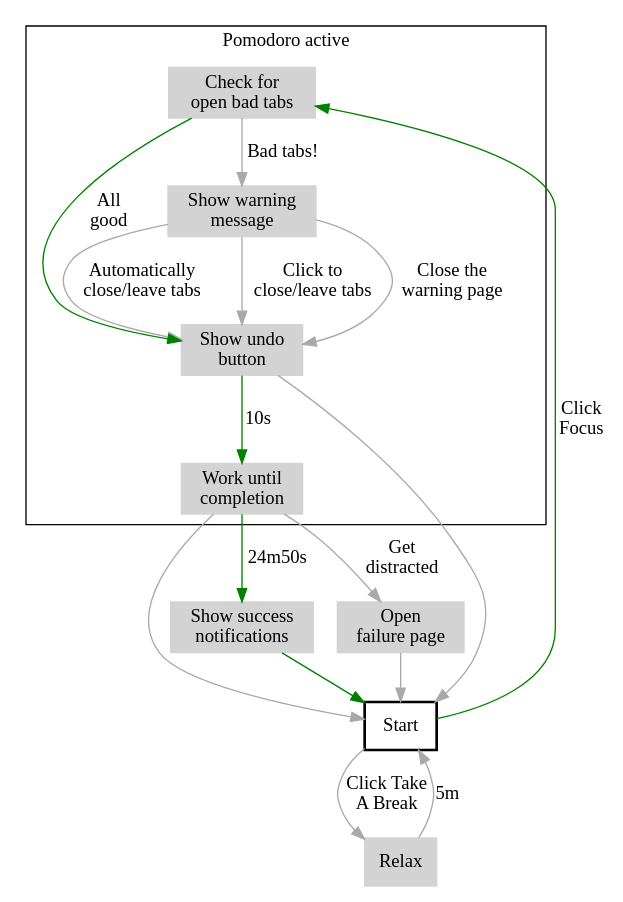
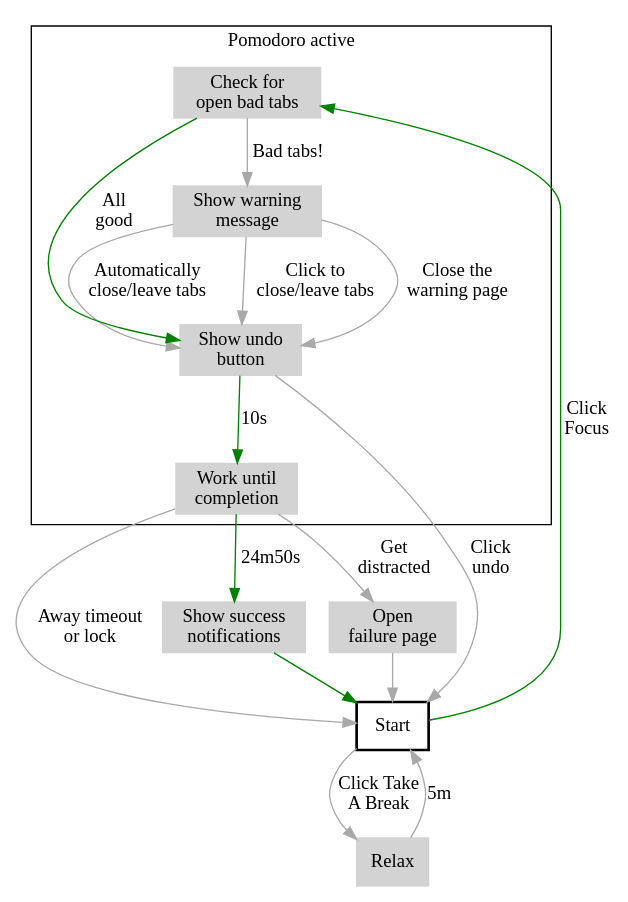
One commit to Build-Focus/buildfocus changed the diagram in meta/pomodoro.dot. Above: the diagram before and after it, drawn with Graphviz.

Commit message:
Add some missing pomodoro flow labels

```diff
--- a/meta/pomodoro.dot
+++ b/meta/pomodoro.dot
@@ -1,44 +1,44 @@
 digraph {
   fontname="Oswald";
 
   node [style=filled, color=lightgrey, shape=box, fontname="Oswald"];
   edge [color=darkgrey, fontname="Oswald"];
 
   start [label="Start", style=bold, color=black]
   running [label="Work until\ncompletion"]
   undoable [label="Show undo\nbutton"]
   warn [label="Show warning\nmessage"]
   check [label="Check for\nopen bad tabs"]
   successful [label="Show success\nnotifications"]
   failed [label="Open\nfailure page"]
   break [label="Relax"]
 
   subgraph cluster_active {
     undoable;
     running;
     check;
     warn;
 
     label="Pomodoro active";
   }
 
   start -> break [label="Click Take\nA Break"];
   break -> start [label="5m"];
 
   start -> check [label="Click\nFocus", color=green];
   check -> undoable [label="All\ngood", color=green];
   undoable -> running [label="10s", color=green];
   running -> successful [label="24m50s", color=green];
   running -> failed [label="Get\ndistracted"];
 
   successful -> start [color=green];
   failed -> start;
 
   check -> warn [label="Bad tabs!"];
   warn -> undoable [label="Automatically\nclose/leave tabs"];
   warn -> undoable [label="Click to\nclose/leave tabs"];
   warn -> undoable [label="Close the\nwarning page"];
 
-  undoable -> start;
-  running -> start;
+  undoable -> start [label="Click\nundo"];
+  running -> start [label="Away timeout\nor lock"];
 }
```
